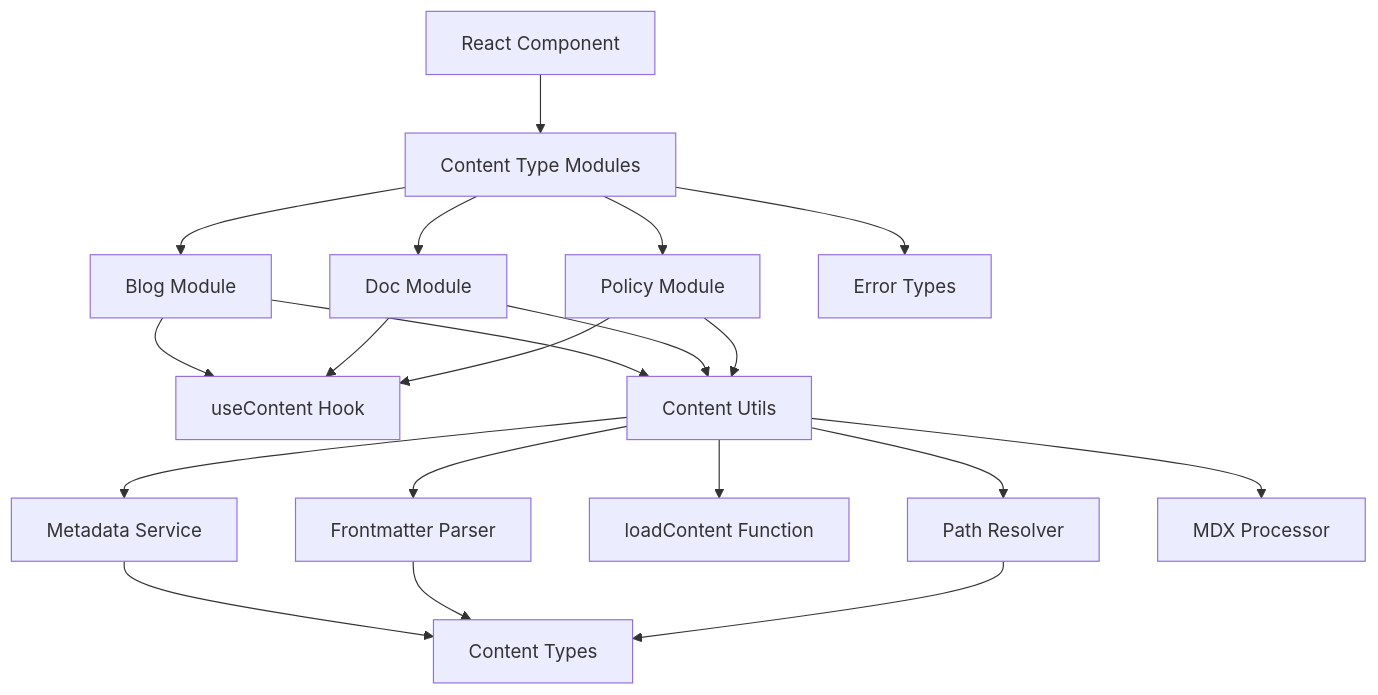
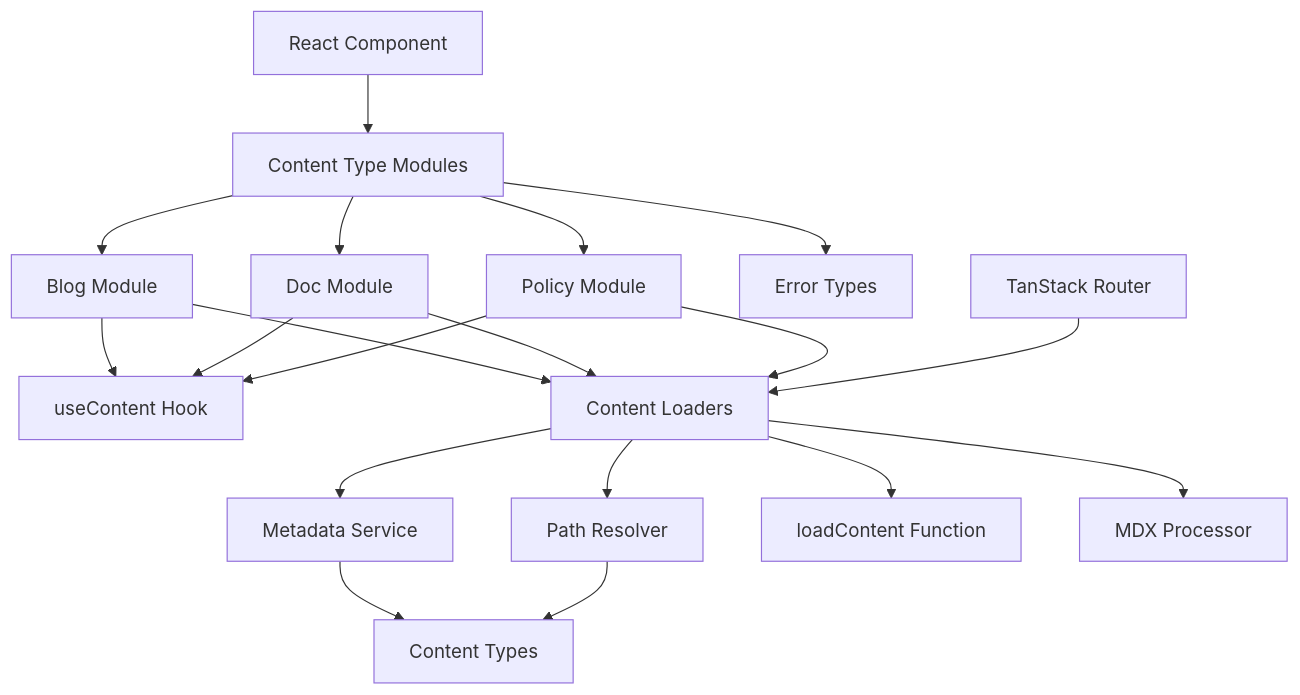
Before and after one commit to Mirascope/website: the diagram in src/lib/content/DESIGN.md, drawn with Mermaid. The commit also changed other lines of this file, not shown here.

````diff
--- a/src/lib/content/DESIGN.md
+++ b/src/lib/content/DESIGN.md
@@ -9,26 +9,26 @@
 ```mermaid
 graph TD
     Component[React Component] --> ContentModules[Content Type Modules]
     ContentModules --> BlogModule[Blog Module]
     ContentModules --> DocModule[Doc Module]
     ContentModules --> PolicyModule[Policy Module]
     
     BlogModule --> useContent[useContent Hook]
     DocModule --> useContent
     PolicyModule --> useContent
     
-    BlogModule --> ContentUtils[Content Utils]
-    DocModule --> ContentUtils
-    PolicyModule --> ContentUtils
+    BlogModule --> ContentLoaders[Content Loaders]
+    DocModule --> ContentLoaders
+    PolicyModule --> ContentLoaders
     
-    ContentUtils --> PathResolver[Path Resolver]
-    ContentUtils --> MetadataService[Metadata Service]
-    ContentUtils --> LoadContent[loadContent Function]
-    ContentUtils --> FrontmatterParser[Frontmatter Parser]
-    ContentUtils --> MDXProcessor[MDX Processor]
+    ContentLoaders --> PathResolver[Path Resolver]
+    ContentLoaders --> MetadataService[Metadata Service]
+    ContentLoaders --> ContentLoader[loadContent Function]
+    ContentLoaders --> MDXProcessor[MDX Processor]
     
     MetadataService --> ContentTypes[Content Types]
-    FrontmatterParser --> ContentTypes
     PathResolver --> ContentTypes
     ContentModules --> ErrorHandling[Error Types]
+    
+    Router[TanStack Router] --> ContentLoaders
 ```
````
